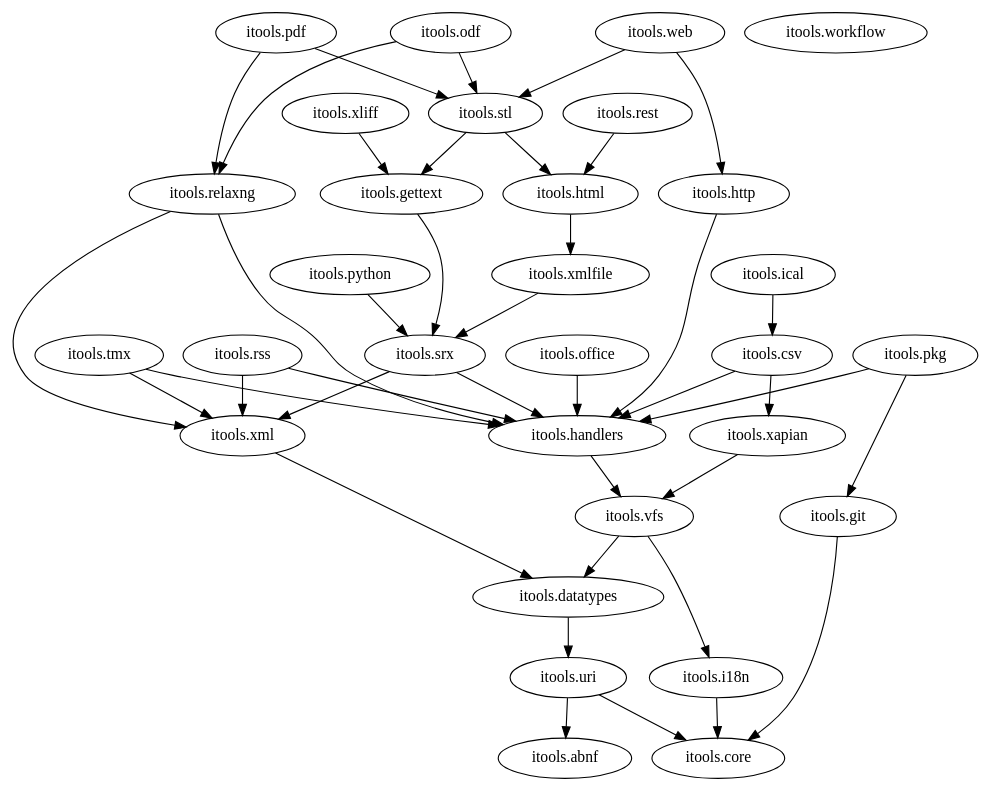
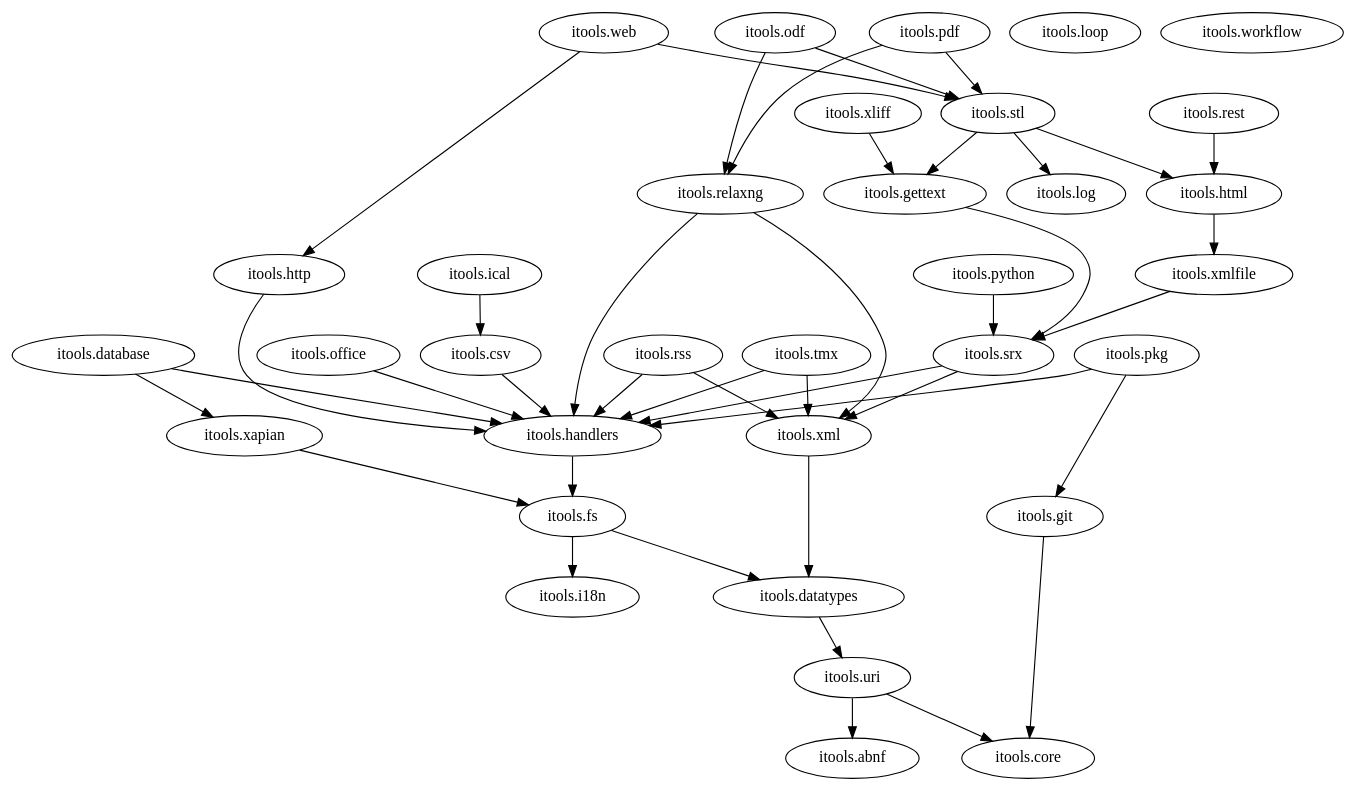
Before and after one commit to nkhine/iTools-Documentation: the diagram in itools/figures-src/packages.dot, drawn with Graphviz.

Commit message:
itools: update packages graph

```diff
--- a/itools/figures-src/packages.dot
+++ b/itools/figures-src/packages.dot
@@ -1,144 +1,150 @@
 digraph G {
   "itools.abnf";
 
   "itools.core";
 
 #  "itools.csv" -> "itools.core";
 #  "itools.csv" -> "itools.datatypes";
   "itools.csv" -> "itools.handlers";
-#  "itools.csv" -> "itools.vfs";
-  "itools.csv" -> "itools.xapian";
+
+#  "itools.database" -> "itools.core";
+#  "itools.database" -> "itools.datatypes";
+#  "itools.database" -> "itools.fs";
+  "itools.database" -> "itools.handlers";
+#  "itools.database" -> "itools.uri";
+  "itools.database" -> "itools.xapian";
 
 #  "itools.datatypes" -> "itools.core";
   "itools.datatypes" -> "itools.uri";
 
+#  "itools.fs" -> "itools.core";
+  "itools.fs" -> "itools.datatypes";
+  "itools.fs" -> "itools.i18n";
+#  "itools.fs" -> "itools.uri";
+
 #  "itools.gettext" -> "itools.core";
 #  "itools.gettext" -> "itools.handlers";
   "itools.gettext" -> "itools.srx";
-#  "itools.gettext" -> "itools.xml";
 
   "itools.git" -> "itools.core";
 
 #  "itools.handlers" -> "itools.core";
 #  "itools.handlers" -> "itools.datatypes";
-#  "itools.handlers" -> "itools.uri";
-  "itools.handlers" -> "itools.vfs";
+  "itools.handlers" -> "itools.fs";
 
 #  "itools.html" -> "itools.core";
 #  "itools.html" -> "itools.datatypes";
 #  "itools.html" -> "itools.handlers";
 #  "itools.html" -> "itools.xml";
   "itools.html" -> "itools.xmlfile";
 
 #  "itools.http" -> "itools.datatypes";
   "itools.http" -> "itools.handlers";
-#  "itools.http" -> "itools.i18n";
-#  "itools.http" -> "itools.uri";
 
-  "itools.i18n" -> "itools.core";
+  "itools.i18n";
 
 #  "itools.ical" -> "itools.core";
   "itools.ical" -> "itools.csv";
 #  "itools.ical" -> "itools.datatypes";
 #  "itools.ical" -> "itools.handlers";
-#  "itools.ical" -> "itools.xapian";
+
+  "itools.log";
+
+  "itools.loop";
 
 #  "itools.odf" -> "itools.core";
 #  "itools.odf" -> "itools.datatypes";
+#  "itools.odf" -> "itools.fs";
 #  "itools.odf" -> "itools.handlers";
   "itools.odf" -> "itools.relaxng";
   "itools.odf" -> "itools.stl";
 #  "itools.odf" -> "itools.xml";
 #  "itools.odf" -> "itools.xmlfile";
 
   "itools.office" -> "itools.handlers";
 
 #  "itools.pdf" -> "itools.core";
 #  "itools.pdf" -> "itools.datatypes";
+#  "itools.pdf" -> "itools.fs";
 #  "itools.pdf" -> "itools.handlers";
   "itools.pdf" -> "itools.relaxng";
   "itools.pdf" -> "itools.stl";
 #  "itools.pdf" -> "itools.uri";
-#  "itools.pdf" -> "itools.vfs";
 #  "itools.pdf" -> "itools.xml";
 #  "itools.pdf" -> "itools.xmlfile";
 
 #  "itools.pkg" -> "itools.core";
 #  "itools.pkg" -> "itools.datatypes";
+#  "itools.pkg" -> "itools.fs";
   "itools.pkg" -> "itools.git";
   "itools.pkg" -> "itools.handlers";
-#  "itools.pkg" -> "itools.uri";
-#  "itools.pkg" -> "itools.vfs";
 
 #  "itools.python" -> "itools.handlers";
   "itools.python" -> "itools.srx";
 
 #  "itools.relaxng" -> "itools.core";
 #  "itools.relaxng" -> "itools.datatypes";
+#  "itools.relaxng" -> "itools.fs";
   "itools.relaxng" -> "itools.handlers";
   "itools.relaxng" -> "itools.xml";
 #  "itools.relaxng" -> "itools.uri";
-#  "itools.relaxng" -> "itools.vfs";
 
 #  "itools.rest" -> "itools.handlers";
   "itools.rest" -> "itools.html";
 #  "itools.rest" -> "itools.xml";
 
 #  "itools.rss" -> "itools.core";
 #  "itools.rss" -> "itools.datatypes";
   "itools.rss" -> "itools.handlers";
   "itools.rss" -> "itools.xml";
 
+#  "itools.srx" -> "itools.core";
+  "itools.srx" -> "itools.handlers";
+  "itools.srx" -> "itools.xml";
+
 #  "itools.stl" -> "itools.core";
 #  "itools.stl" -> "itools.datatypes";
   "itools.stl" -> "itools.gettext";
   "itools.stl" -> "itools.html";
+  "itools.stl" -> "itools.log";
 #  "itools.stl" -> "itools.uri";
 #  "itools.stl" -> "itools.xml";
-
-#  "itools.srx" -> "itools.core";
-  "itools.srx" -> "itools.handlers";
-  "itools.srx" -> "itools.xml";
+#  "itools.stl" -> "itools.xmlfile";
 
 #  "itools.tmx" -> "itools.core";
 #  "itools.tmx" -> "itools.datatypes";
   "itools.tmx" -> "itools.handlers";
   "itools.tmx" -> "itools.xml";
 
   "itools.uri" -> "itools.abnf";
   "itools.uri" -> "itools.core";
 
-#  "itools.vfs" -> "itools.core";
-  "itools.vfs" -> "itools.datatypes";
-  "itools.vfs" -> "itools.i18n";
-
 #  "itools.web" -> "itools.core";
 #  "itools.web" -> "itools.datatypes";
 #  "itools.web" -> "itools.gettext";
-#  "itools.web" -> "itools.handlers";
   "itools.web" -> "itools.http";
 #  "itools.web" -> "itools.i18n";
+#  "itools.web" -> "itools.log";
   "itools.web" -> "itools.stl";
 #  "itools.web" -> "itools.uri";
 
   "itools.workflow";
 
 #  "itools.xapian" -> "itools.datatypes";
+  "itools.xapian" -> "itools.fs";
 #  "itools.xapian" -> "itools.i18n";
-#  "itools.xapian" -> "itools.uri";
-  "itools.xapian" -> "itools.vfs";
 
 #  "itools.xliff" -> "itools.core";
 #  "itools.xliff" -> "itools.datatypes";
   "itools.xliff" -> "itools.gettext";
 #  "itools.xliff" -> "itools.handlers";
 #  "itools.xliff" -> "itools.srx";
 #  "itools.xliff" -> "itools.xml";
 
   "itools.xml" -> "itools.datatypes";
 
 #  "itools.xmlfile" -> "itools.datatypes";
 #  "itools.xmlfile" -> "itools.handlers";
   "itools.xmlfile" -> "itools.srx";
 #  "itools.xmlfile" -> "itools.xml";
 }
```
